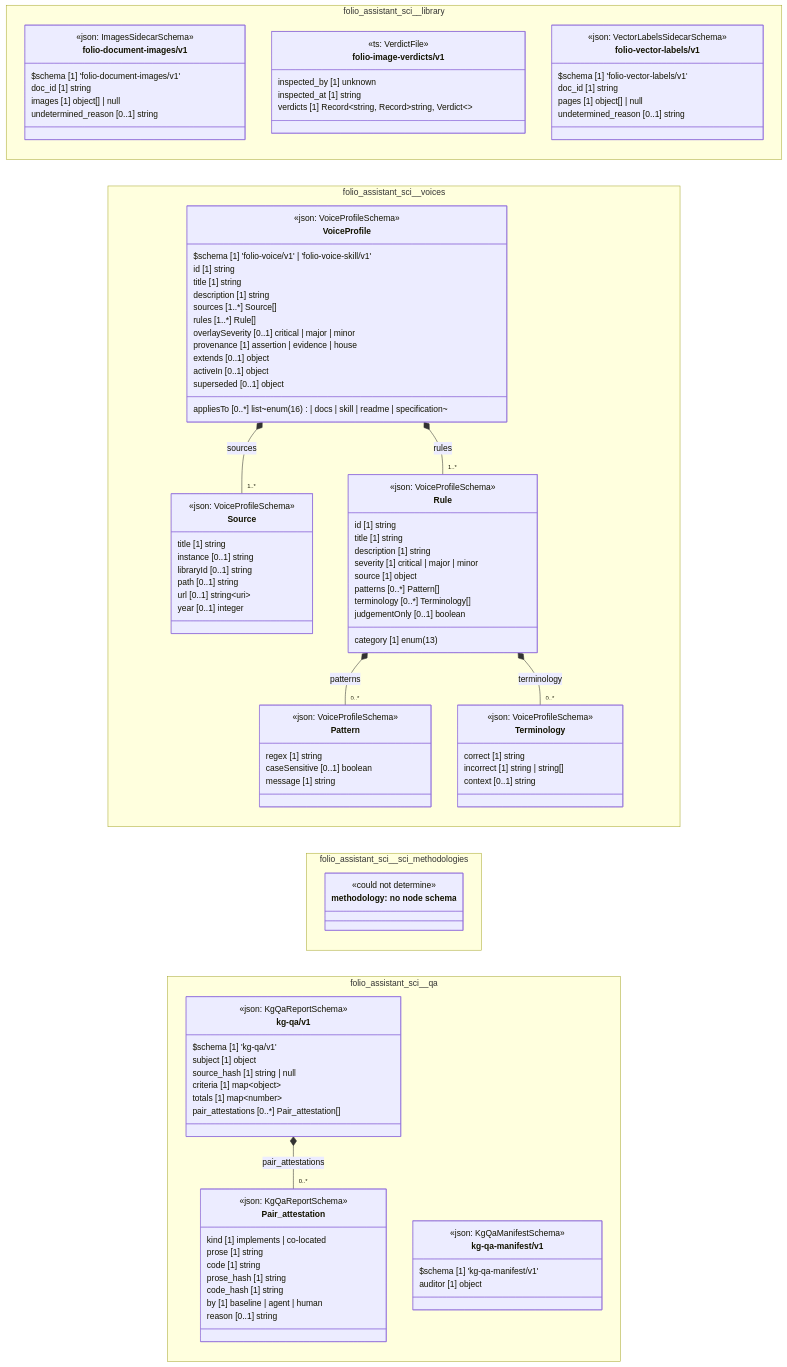
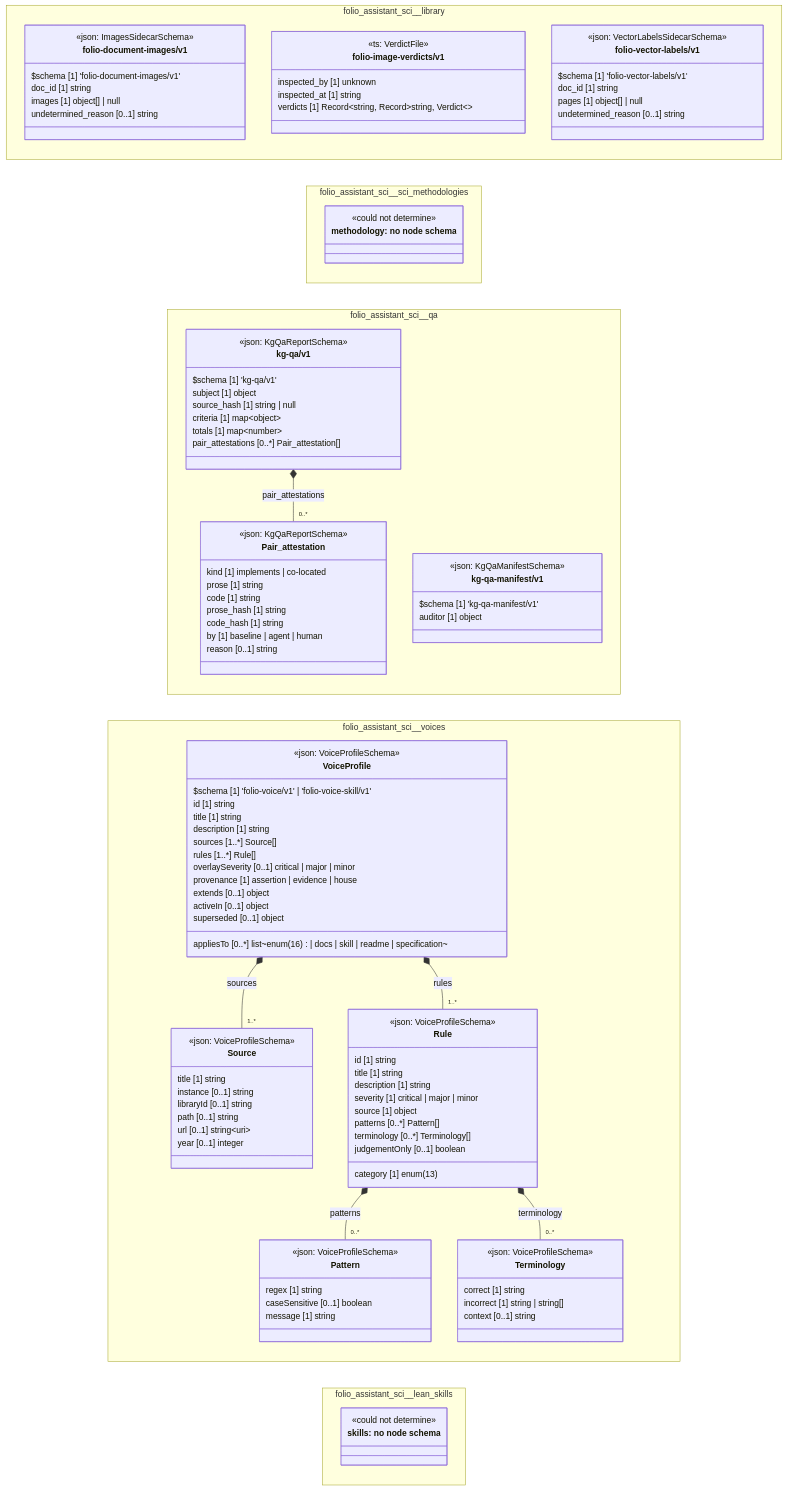
The diagram in cat-harness/docs/uml/overview/folio-assistant-sci.md (litlfred/folio-assistant), drawn with Mermaid before and after one commit. The commit also changed other lines of this file and 76 other files, not shown here.

````diff
--- a/cat-harness/docs/uml/overview/folio-assistant-sci.md
+++ b/cat-harness/docs/uml/overview/folio-assistant-sci.md
@@ -68,6 +70,37 @@
       doc_id [1] string
       pages [1] object[] | null
       undetermined_reason [0..1] string
+    }
+  }
+  namespace folio_assistant_sci__sci_methodologies {
+    class n_folio_assistant_sci_sci_methodologies_methodology["methodology: no node schema"] {
+      <<could not determine>>
+    }
+  }
+  namespace folio_assistant_sci__qa {
+    class folio_assistant_sci_qa_kg_qa_v1_Pair_attestation["Pair_attestation"] {
+      <<json: KgQaReportSchema>>
+      kind [1] implements | co-located
+      prose [1] string
+      code [1] string
+      prose_hash [1] string
+      code_hash [1] string
+      by [1] baseline | agent | human
+      reason [0..1] string
+    }
+    class folio_assistant_sci_qa_kg_qa_v1_kg_qa_v1["kg-qa/v1"] {
+      <<json: KgQaReportSchema>>
+      $schema [1] 'kg-qa/v1'
+      subject [1] object
+      source_hash [1] string | null
+      criteria [1] map~object~
+      totals [1] map~number~
+      pair_attestations [0..*] Pair_attestation[]
+    }
+    class folio_assistant_sci_qa_kg_qa_manifest_v1_kg_qa_manifest_v1["kg-qa-manifest/v1"] {
+      <<json: KgQaManifestSchema>>
+      $schema [1] 'kg-qa-manifest/v1'
+      auditor [1] object
     }
   }
   namespace folio_assistant_sci__voices {
@@ -120,40 +153,20 @@
       superseded [0..1] object
     }
   }
-  namespace folio_assistant_sci__sci_methodologies {
-    class n_folio_assistant_sci_sci_methodologies_methodology["methodology: no node schema"] {
+  namespace folio_assistant_sci__lean_skills {
+    class n_folio_assistant_sci_lean_skills_skills["skills: no node schema"] {
       <<could not determine>>
-    }
-  }
-  namespace folio_assistant_sci__qa {
-    class folio_assistant_sci_qa_kg_qa_v1_Pair_attestation["Pair_attestation"] {
-      <<json: KgQaReportSchema>>
-      kind [1] implements | co-located
-      prose [1] string
-      code [1] string
-      prose_hash [1] string
-      code_hash [1] string
-      by [1] baseline | agent | human
-      reason [0..1] string
-    }
-    class folio_assistant_sci_qa_kg_qa_v1_kg_qa_v1["kg-qa/v1"] {
-      <<json: KgQaReportSchema>>
-      $schema [1] 'kg-qa/v1'
-      subject [1] object
-      source_hash [1] string | null
-      criteria [1] map~object~
-      totals [1] map~number~
-      pair_attestations [0..*] Pair_attestation[]
-    }
-    class folio_assistant_sci_qa_kg_qa_manifest_v1_kg_qa_manifest_v1["kg-qa-manifest/v1"] {
-      <<json: KgQaManifestSchema>>
-      $schema [1] 'kg-qa-manifest/v1'
-      auditor [1] object
     }
   }
   cssClass "folio_assistant_sci_library_folio_document_images_v1_folio_document_images_v1" fa_uml_kind_library
   cssClass "folio_assistant_sci_library_folio_image_verdicts_v1" fa_uml_kind_library
   cssClass "folio_assistant_sci_library_folio_vector_labels_v1_folio_vector_labels_v1" fa_uml_kind_library
+  cssClass "n_folio_assistant_sci_sci_methodologies_methodology" fa_uml_kind_methodology
+  cssClass "n_folio_assistant_sci_sci_methodologies_methodology" fa_uml_undetermined
+  folio_assistant_sci_qa_kg_qa_v1_kg_qa_v1 *-- "0..*" folio_assistant_sci_qa_kg_qa_v1_Pair_attestation : pair_attestations
+  cssClass "folio_assistant_sci_qa_kg_qa_v1_Pair_attestation" fa_uml_kind_qa
+  cssClass "folio_assistant_sci_qa_kg_qa_v1_kg_qa_v1" fa_uml_kind_qa
+  cssClass "folio_assistant_sci_qa_kg_qa_manifest_v1_kg_qa_manifest_v1" fa_uml_kind_qa
   folio_assistant_sci_voices_VoiceProfile *-- "1..*" folio_assistant_sci_voices_Source : sources
   folio_assistant_sci_voices_Rule *-- "0..*" folio_assistant_sci_voices_Pattern : patterns
   folio_assistant_sci_voices_Rule *-- "0..*" folio_assistant_sci_voices_Terminology : terminology
@@ -163,10 +176,6 @@
   cssClass "folio_assistant_sci_voices_Terminology" fa_uml_kind_voices
   cssClass "folio_assistant_sci_voices_Rule" fa_uml_kind_voices
   cssClass "folio_assistant_sci_voices_VoiceProfile" fa_uml_kind_voices
-  cssClass "n_folio_assistant_sci_sci_methodologies_methodology" fa_uml_kind_methodology
-  cssClass "n_folio_assistant_sci_sci_methodologies_methodology" fa_uml_undetermined
-  folio_assistant_sci_qa_kg_qa_v1_kg_qa_v1 *-- "0..*" folio_assistant_sci_qa_kg_qa_v1_Pair_attestation : pair_attestations
-  cssClass "folio_assistant_sci_qa_kg_qa_v1_Pair_attestation" fa_uml_kind_qa
-  cssClass "folio_assistant_sci_qa_kg_qa_v1_kg_qa_v1" fa_uml_kind_qa
-  cssClass "folio_assistant_sci_qa_kg_qa_manifest_v1_kg_qa_manifest_v1" fa_uml_kind_qa
+  cssClass "n_folio_assistant_sci_lean_skills_skills" fa_uml_kind_skills
+  cssClass "n_folio_assistant_sci_lean_skills_skills" fa_uml_undetermined
 ```
````
